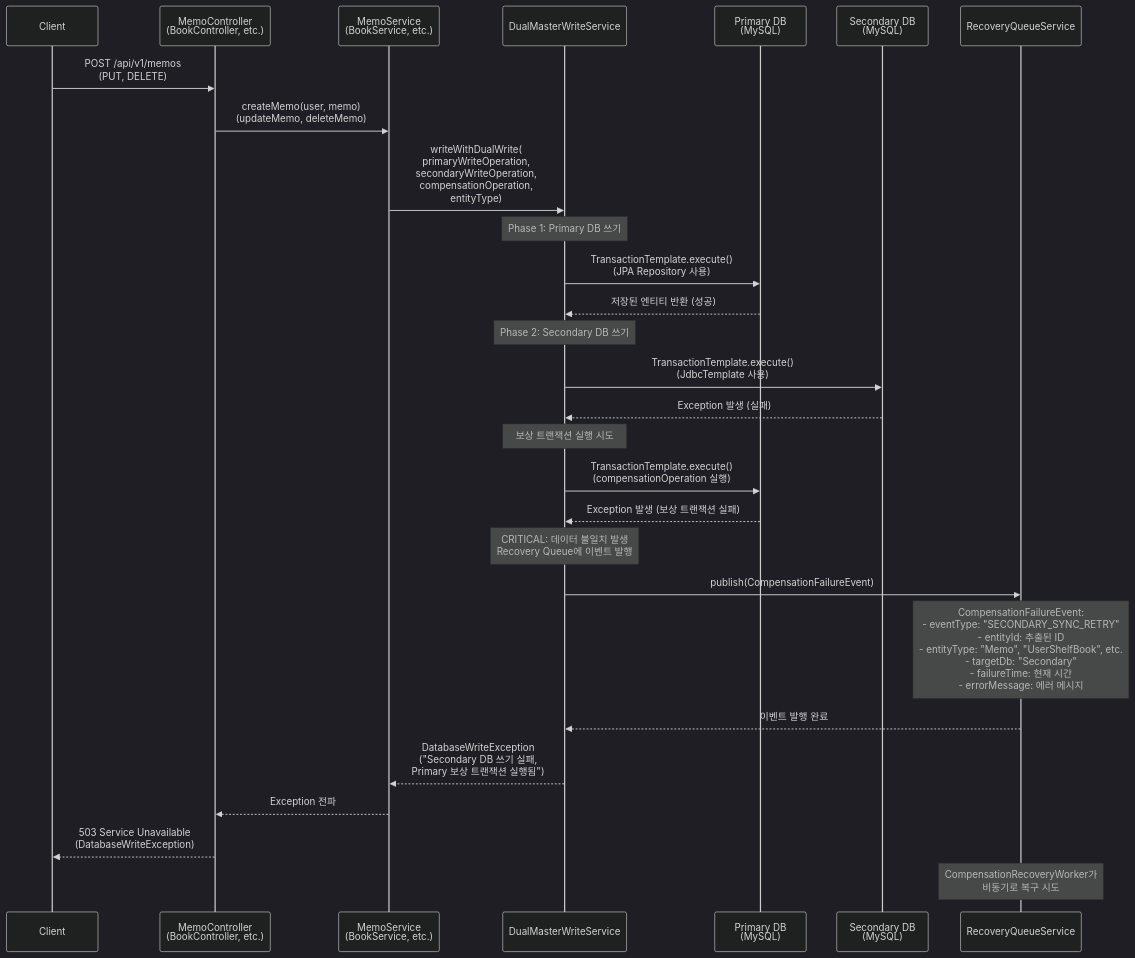
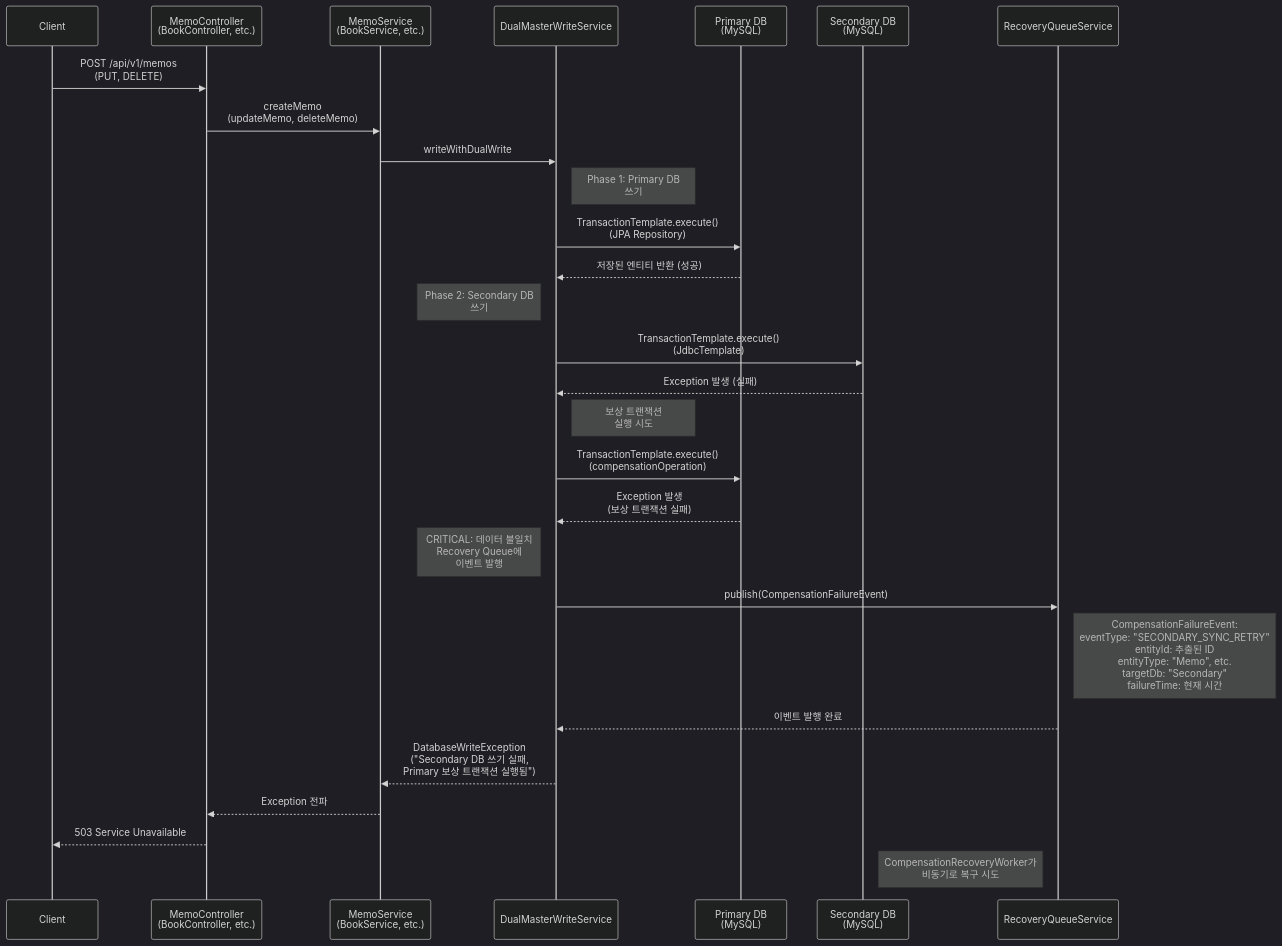
Before and after one commit to Park-Yena00/Reading_tracker: the seventh of 7 diagrams in docs/architecture/SCENARIO2_RUNTIME_VIEW.md, drawn with Mermaid (dark theme). The commit also changed other lines of this file and 2 other files, not shown here.

First line of the commit message:
docs: 다이어그램 선과 주석 겹침 문제 수정

````diff
--- a/docs/architecture/SCENARIO2_RUNTIME_VIEW.md
+++ b/docs/architecture/SCENARIO2_RUNTIME_VIEW.md
@@ -195,38 +189,37 @@
 ```mermaid
 sequenceDiagram
     participant Client
     participant Controller as MemoController<br/>(BookController, etc.)
     participant Service as MemoService<br/>(BookService, etc.)
     participant WriteService as DualMasterWriteService
     participant PrimaryDB as Primary DB<br/>(MySQL)
     participant SecondaryDB as Secondary DB<br/>(MySQL)
     participant RecoveryQueue as RecoveryQueueService
 
     Client->>Controller: POST /api/v1/memos<br/>(PUT, DELETE)
-    Controller->>Service: createMemo(user, memo)<br/>(updateMemo, deleteMemo)
+    Controller->>Service: createMemo<br/>(updateMemo, deleteMemo)
+    Service->>WriteService: writeWithDualWrite
     
-    Service->>WriteService: writeWithDualWrite(<br/>primaryWriteOperation,<br/>secondaryWriteOperation,<br/>compensationOperation,<br/>entityType)
-    
-    Note over WriteService: Phase 1: Primary DB 쓰기
-    WriteService->>PrimaryDB: TransactionTemplate.execute()<br/>(JPA Repository 사용)
+    Note right of WriteService: Phase 1: Primary DB<br/>쓰기
+    WriteService->>PrimaryDB: TransactionTemplate.execute()<br/>(JPA Repository)
     PrimaryDB-->>WriteService: 저장된 엔티티 반환 (성공)
     
-    Note over WriteService: Phase 2: Secondary DB 쓰기
-    WriteService->>SecondaryDB: TransactionTemplate.execute()<br/>(JdbcTemplate 사용)
+    Note left of WriteService: Phase 2: Secondary DB<br/>쓰기
+    WriteService->>SecondaryDB: TransactionTemplate.execute()<br/>(JdbcTemplate)
     SecondaryDB-->>WriteService: Exception 발생 (실패)
     
-    Note over WriteService: 보상 트랜잭션 실행 시도
-    WriteService->>PrimaryDB: TransactionTemplate.execute()<br/>(compensationOperation 실행)
-    PrimaryDB-->>WriteService: Exception 발생 (보상 트랜잭션 실패)
+    Note right of WriteService: 보상 트랜잭션<br/>실행 시도
+    WriteService->>PrimaryDB: TransactionTemplate.execute()<br/>(compensationOperation)
+    PrimaryDB-->>WriteService: Exception 발생<br/>(보상 트랜잭션 실패)
     
-    Note over WriteService: CRITICAL: 데이터 불일치 발생<br/>Recovery Queue에 이벤트 발행
+    Note left of WriteService: CRITICAL: 데이터 불일치<br/>Recovery Queue에<br/>이벤트 발행
     WriteService->>RecoveryQueue: publish(CompensationFailureEvent)
-    Note over RecoveryQueue: CompensationFailureEvent:<br/>- eventType: "SECONDARY_SYNC_RETRY"<br/>- entityId: 추출된 ID<br/>- entityType: "Memo", "UserShelfBook", etc.<br/>- targetDb: "Secondary"<br/>- failureTime: 현재 시간<br/>- errorMessage: 에러 메시지
+    Note right of RecoveryQueue: CompensationFailureEvent:<br/>eventType: "SECONDARY_SYNC_RETRY"<br/>entityId: 추출된 ID<br/>entityType: "Memo", etc.<br/>targetDb: "Secondary"<br/>failureTime: 현재 시간
     RecoveryQueue-->>WriteService: 이벤트 발행 완료
     
     WriteService-->>Service: DatabaseWriteException<br/>("Secondary DB 쓰기 실패,<br/>Primary 보상 트랜잭션 실행됨")
     Service-->>Controller: Exception 전파
-    Controller-->>Client: 503 Service Unavailable<br/>(DatabaseWriteException)
+    Controller-->>Client: 503 Service Unavailable
     
-    Note over RecoveryQueue: CompensationRecoveryWorker가<br/>비동기로 복구 시도
+    Note left of RecoveryQueue: CompensationRecoveryWorker가<br/>비동기로 복구 시도
 ```
````
